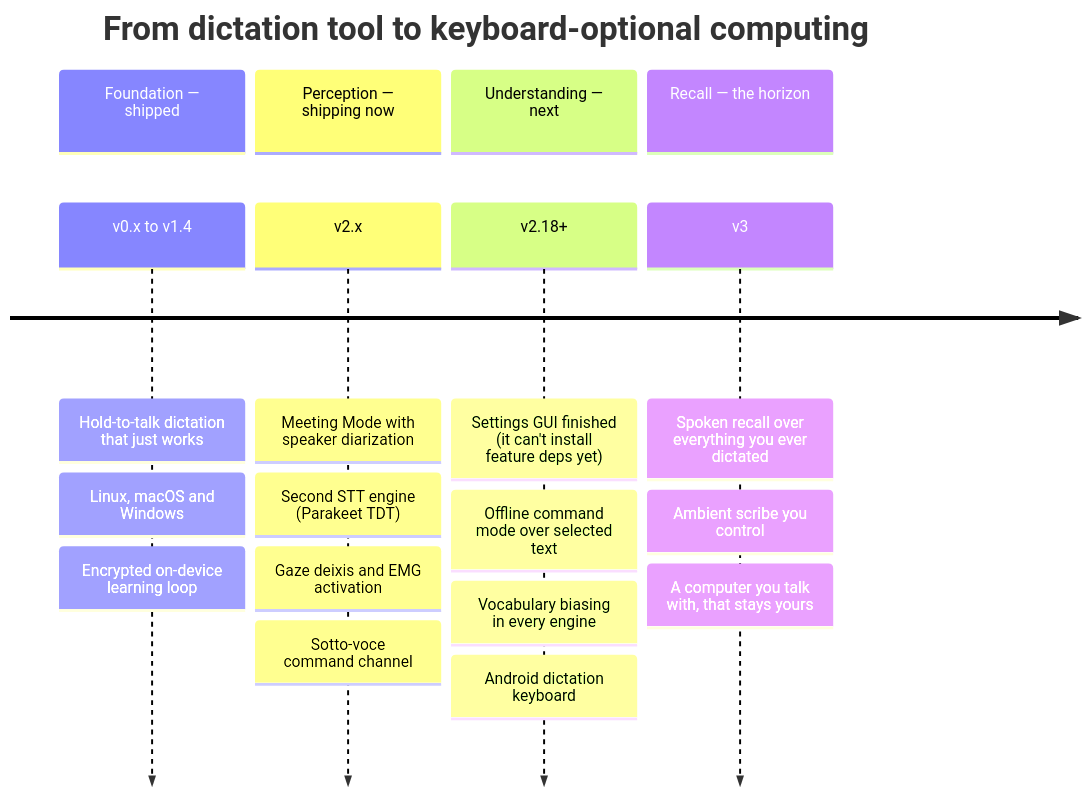
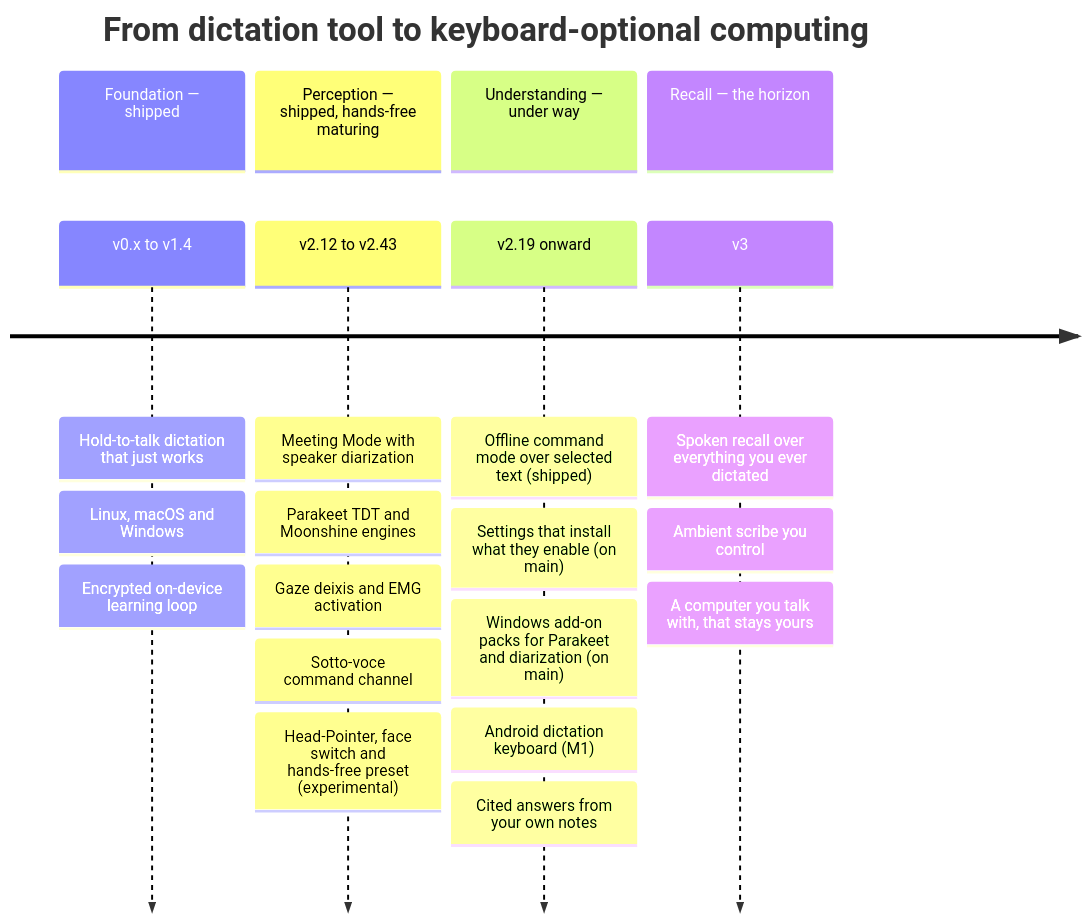
Before and after one commit to MSKazemi/yazses: the second of 3 diagrams in docs/roadmap.md, drawn with Mermaid. The commit also changed other lines of this file and 21 other files, not shown here.

````diff
--- a/docs/roadmap.md
+++ b/docs/roadmap.md
@@ -73,12 +75,12 @@
 ```mermaid
 timeline
     title From dictation tool to keyboard-optional computing
     section Foundation — shipped
         v0.x to v1.4 : Hold-to-talk dictation that just works : Linux, macOS and Windows : Encrypted on-device learning loop
-    section Perception — shipping now
-        v2.x : Meeting Mode with speaker diarization : Second STT engine (Parakeet TDT) : Gaze deixis and EMG activation : Sotto-voce command channel
-    section Understanding — next
-        v2.18+ : Settings GUI finished (it can't install feature deps yet) : Offline command mode over selected text : Vocabulary biasing in every engine : Android dictation keyboard
+    section Perception — shipped, hands-free maturing
+        v2.12 to v2.43 : Meeting Mode with speaker diarization : Parakeet TDT and Moonshine engines : Gaze deixis and EMG activation : Sotto-voce command channel : Head-Pointer, face switch and hands-free preset (experimental)
+    section Understanding — under way
+        v2.19 onward : Offline command mode over selected text (shipped) : Settings that install what they enable (on main) : Windows add-on packs for Parakeet and diarization (on main) : Android dictation keyboard (M1) : Cited answers from your own notes
     section Recall — the horizon
         v3 : Spoken recall over everything you ever dictated : Ambient scribe you control : A computer you talk with, that stays yours
 ```
````
